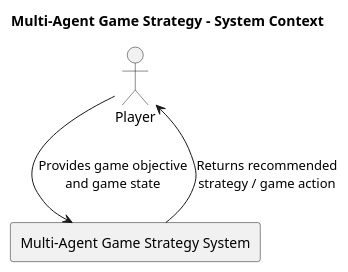
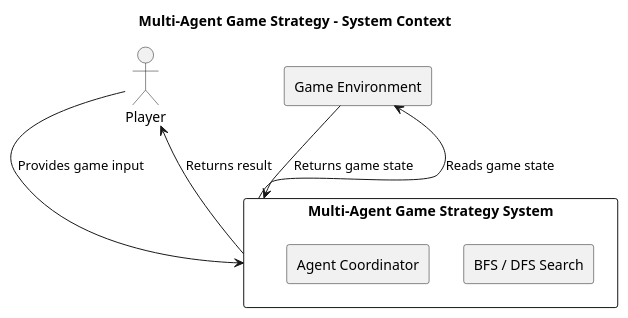
One commit to vaishnavihanchate/ai-agent-portfolio changed the diagram in Multi-Agent-Game-Strategy/diagrams/C4-Context.puml. Above: the diagram before and after it, drawn with PlantUML. The commit also changed 11 other files, not shown here.

```diff
--- a/Multi-Agent-Game-Strategy/diagrams/C4-Context.puml
+++ b/Multi-Agent-Game-Strategy/diagrams/C4-Context.puml
@@ -1,12 +1,19 @@
 @startuml C4-Context
 
 title Multi-Agent Game Strategy - System Context
 
 actor Player
 
-rectangle "Multi-Agent Game Strategy System" as System
+rectangle "Multi-Agent Game Strategy System" as System {
+    rectangle "BFS / DFS Search" as Search
+    rectangle "Agent Coordinator" as Agent
+}
 
-Player --> System : Provides game objective\nand game state
-System --> Player : Returns recommended\nstrategy / game action
+rectangle "Game Environment" as Environment
+
+Player --> System : Provides game input
+System --> Environment : Reads game state
+Environment --> System : Returns game state
+System --> Player : Returns result
 
 @enduml
```
